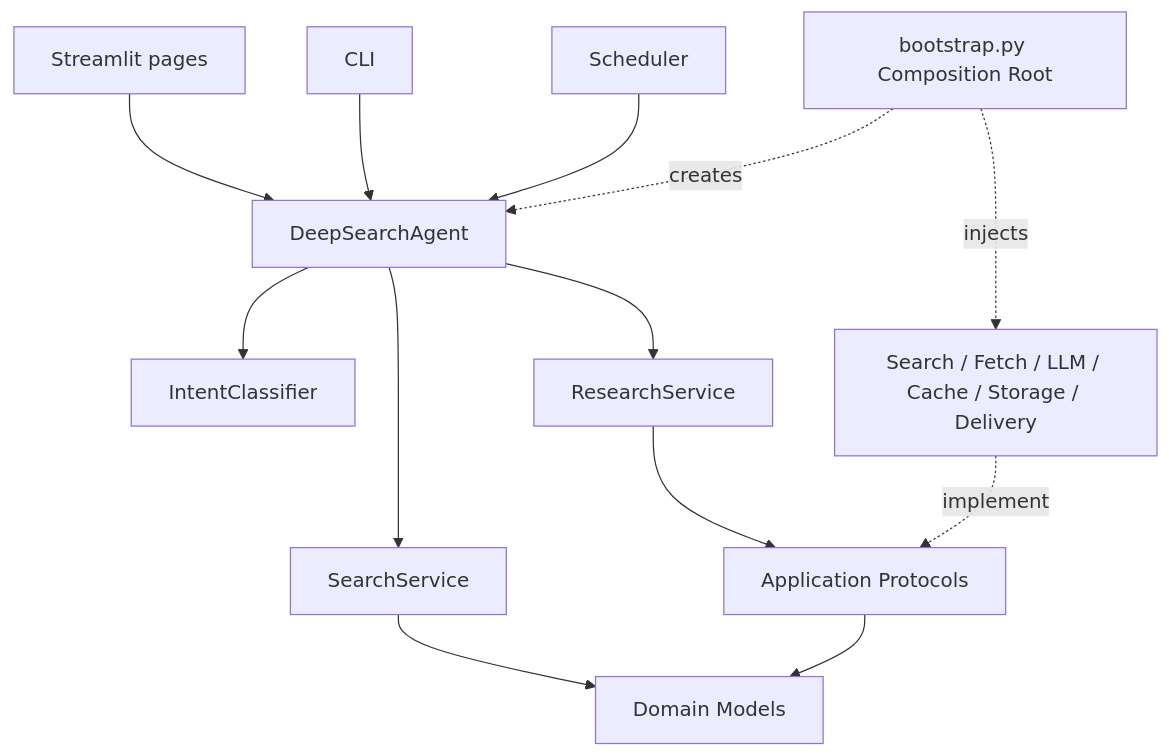
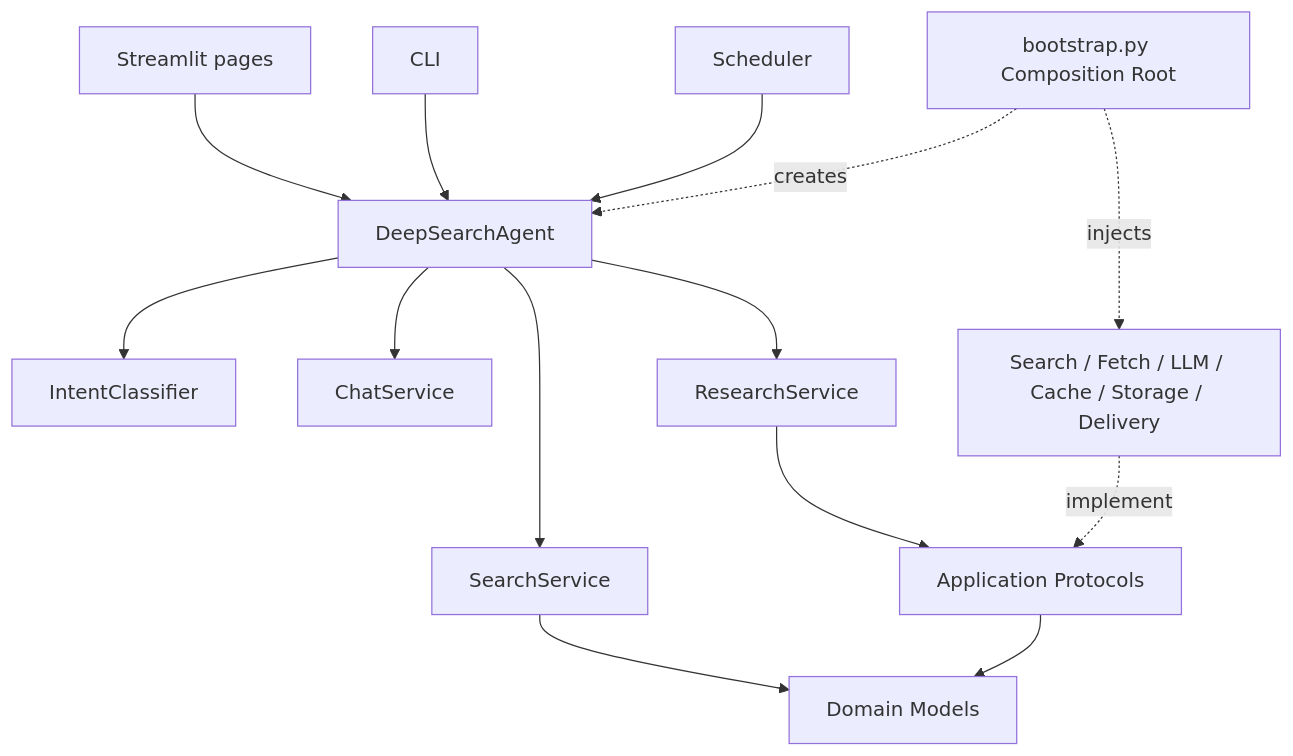
Before and after one commit to AllSuoHa/DeepSearch: the first of 3 diagrams in docs/ARCHITECTURE.md, drawn with Mermaid. The commit also changed other lines of this file and 66 other files, not shown here.

````diff
--- a/docs/ARCHITECTURE.md
+++ b/docs/ARCHITECTURE.md
@@ -22,15 +22,16 @@
 ```mermaid
 flowchart TB
     WEB[Streamlit pages] --> FACADE[DeepSearchAgent]
     CLI[CLI] --> FACADE
     JOBS[Scheduler] --> FACADE
     FACADE --> ROUTE[IntentClassifier]
+    FACADE --> CHAT[ChatService]
     FACADE --> SEARCH[SearchService]
     FACADE --> RESEARCH[ResearchService]
     RESEARCH --> PORTS[Application Protocols]
     SEARCH --> DOMAIN[Domain Models]
     PORTS --> DOMAIN
     ADAPTERS[Search / Fetch / LLM / Cache / Storage / Delivery] -. implement .-> PORTS
     BOOT[bootstrap.py Composition Root] -. creates .-> FACADE
     BOOT -. injects .-> ADAPTERS
 ```
````
